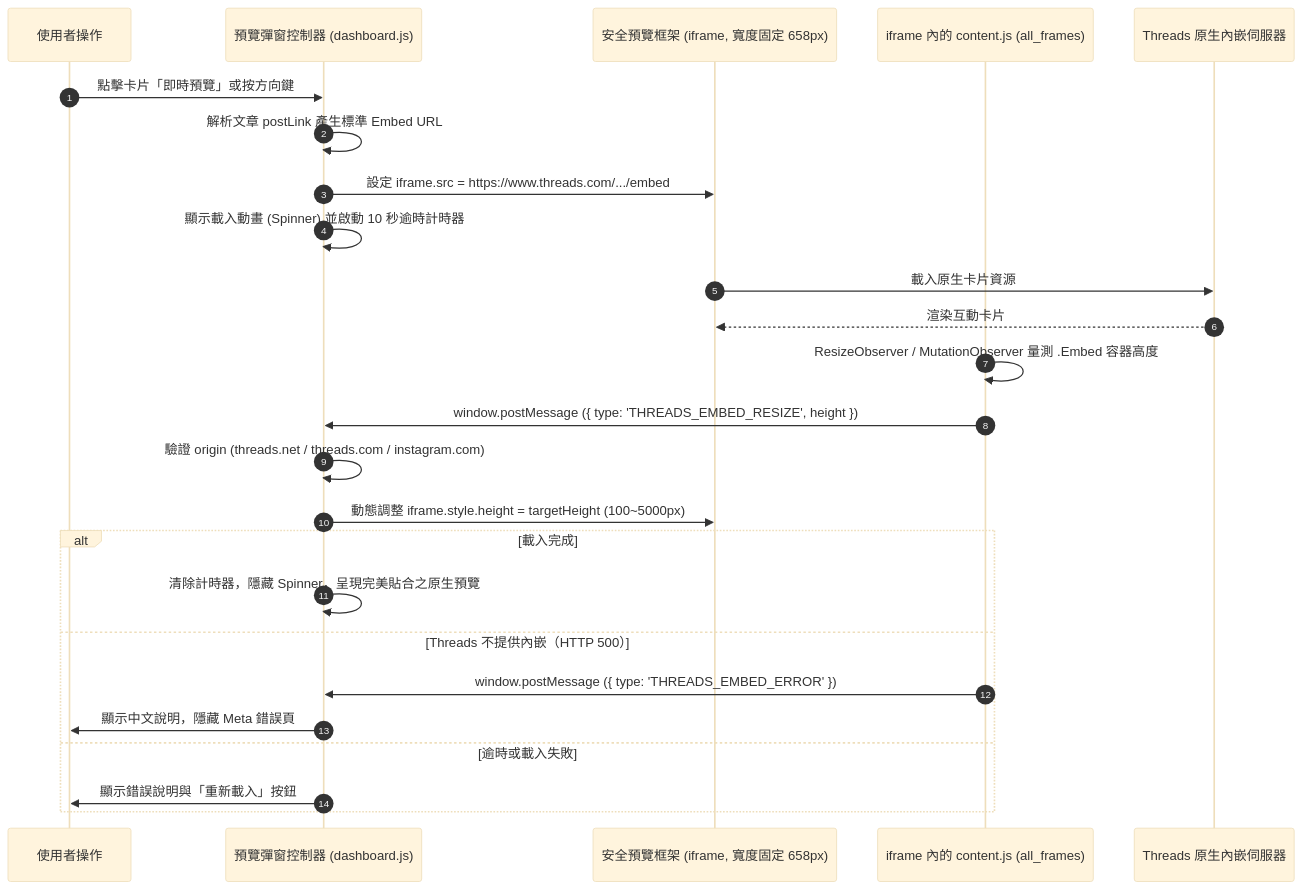
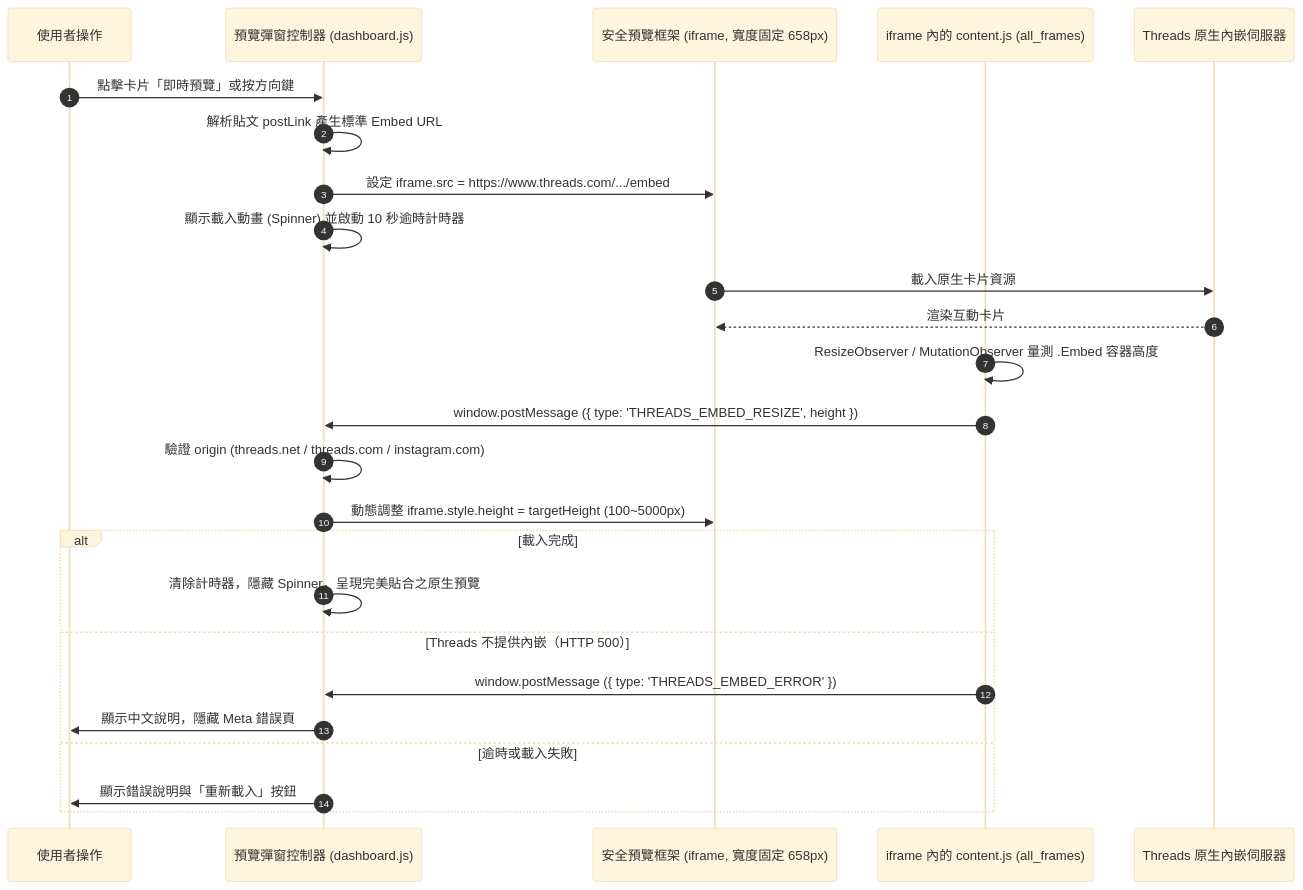
Before and after one commit to Scorpio-meow/Threadkeep: the third of 3 diagrams in README.md, drawn with Mermaid (base theme). The commit also changed other lines of this file and 45 other files, not shown here.

````diff
--- a/README.md
+++ b/README.md
@@ -412,28 +420,28 @@
 ```mermaid
 sequenceDiagram
     autonumber
     participant User as 使用者操作
     participant Modal as 預覽彈窗控制器 (dashboard.js)
     participant Iframe as 安全預覽框架 (iframe, 寬度固定 658px)
     participant Content as iframe 內的 content.js (all_frames)
     participant ThreadsEmbed as Threads 原生內嵌伺服器
 
     User->>Modal: 點擊卡片「即時預覽」或按方向鍵
-    Modal->>Modal: 解析文章 postLink 產生標準 Embed URL
+    Modal->>Modal: 解析貼文 postLink 產生標準 Embed URL
     Modal->>Iframe: 設定 iframe.src = https://www.threads.com/.../embed
     Modal->>Modal: 顯示載入動畫 (Spinner) 並啟動 10 秒逾時計時器
     Iframe->>ThreadsEmbed: 載入原生卡片資源
     ThreadsEmbed-->>Iframe: 渲染互動卡片
     Content->>Content: ResizeObserver / MutationObserver 量測 .Embed 容器高度
     Content->>Modal: window.postMessage ({ type: 'THREADS_EMBED_RESIZE', height })
     Modal->>Modal: 驗證 origin (threads.net / threads.com / instagram.com)
     Modal->>Iframe: 動態調整 iframe.style.height = targetHeight (100~5000px)
     alt 載入完成
         Modal->>Modal: 清除計時器，隱藏 Spinner，呈現完美貼合之原生預覽
     else Threads 不提供內嵌（HTTP 500）
         Content->>Modal: window.postMessage ({ type: 'THREADS_EMBED_ERROR' })
         Modal->>User: 顯示中文說明，隱藏 Meta 錯誤頁
     else 逾時或載入失敗
         Modal->>User: 顯示錯誤說明與「重新載入」按鈕
     end
 ```
````
